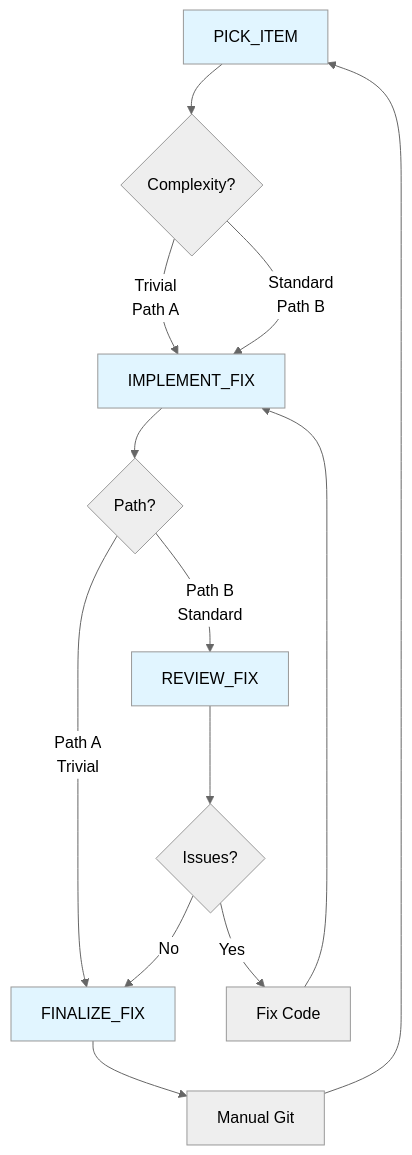
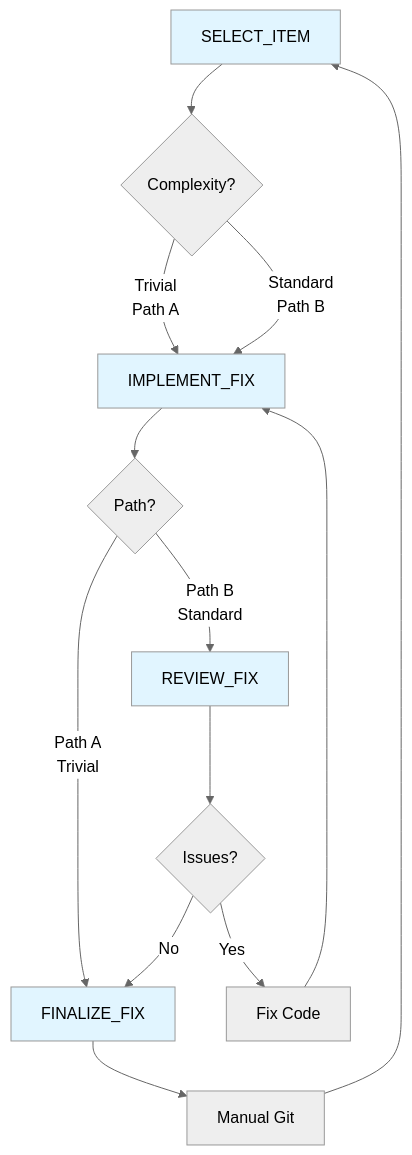
Before and after one commit to EvanLavender13/FrogLords: the diagram in TASKS/MAINTENANCE/WORKFLOW.md, drawn with Mermaid (neutral theme). The commit also changed other lines of this file and 10 other files, not shown here.

````diff
--- a/TASKS/MAINTENANCE/WORKFLOW.md
+++ b/TASKS/MAINTENANCE/WORKFLOW.md
@@ -5,20 +5,20 @@
 ```mermaid
 graph TD
-    A[PICK_ITEM] --> B{Complexity?}
+    A[SELECT_ITEM] --> B{Complexity?}
     B -->|Trivial<br/>Path A| C[IMPLEMENT_FIX]
     B -->|Standard<br/>Path B| C
     C --> D{Path?}
     D -->|Path A<br/>Trivial| E[FINALIZE_FIX]
     D -->|Path B<br/>Standard| F[REVIEW_FIX]
     F --> G{Issues?}
     G -->|Yes| H[Fix Code]
     H --> C
     G -->|No| E
     E --> I[Manual Git]
     I --> A
 
     style A fill:#e1f5ff
     style C fill:#e1f5ff
     style F fill:#e1f5ff
     style E fill:#e1f5ff
 ```
````
